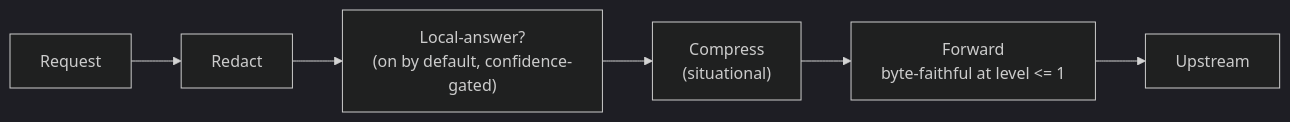
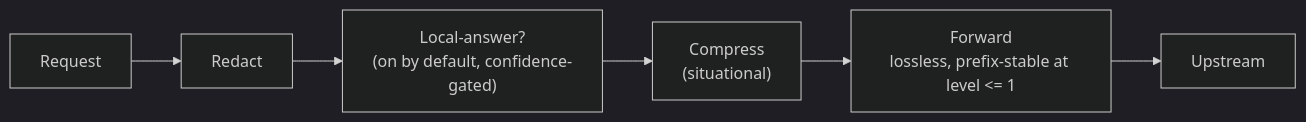
One commit to PliableSoftware/golem changed the second of 2 diagrams in README.md. Above: the diagram before and after it, drawn with Mermaid (dark theme). The commit also changed other lines of this file and 18 other files, not shown here.

````diff
--- a/README.md
+++ b/README.md
@@ -40,4 +40,4 @@
 ```mermaid
 flowchart LR
-  R["Request"] --> RD["Redact"] --> LA["Local-answer?<br/>(on by default, confidence-gated)"] --> CO["Compress<br/>(situational)"] --> FW["Forward<br/>byte-faithful at level <= 1"] --> UP["Upstream"]
+  R["Request"] --> RD["Redact"] --> LA["Local-answer?<br/>(on by default, confidence-gated)"] --> CO["Compress<br/>(situational)"] --> FW["Forward<br/>lossless, prefix-stable at level <= 1"] --> UP["Upstream"]
 ```
````
